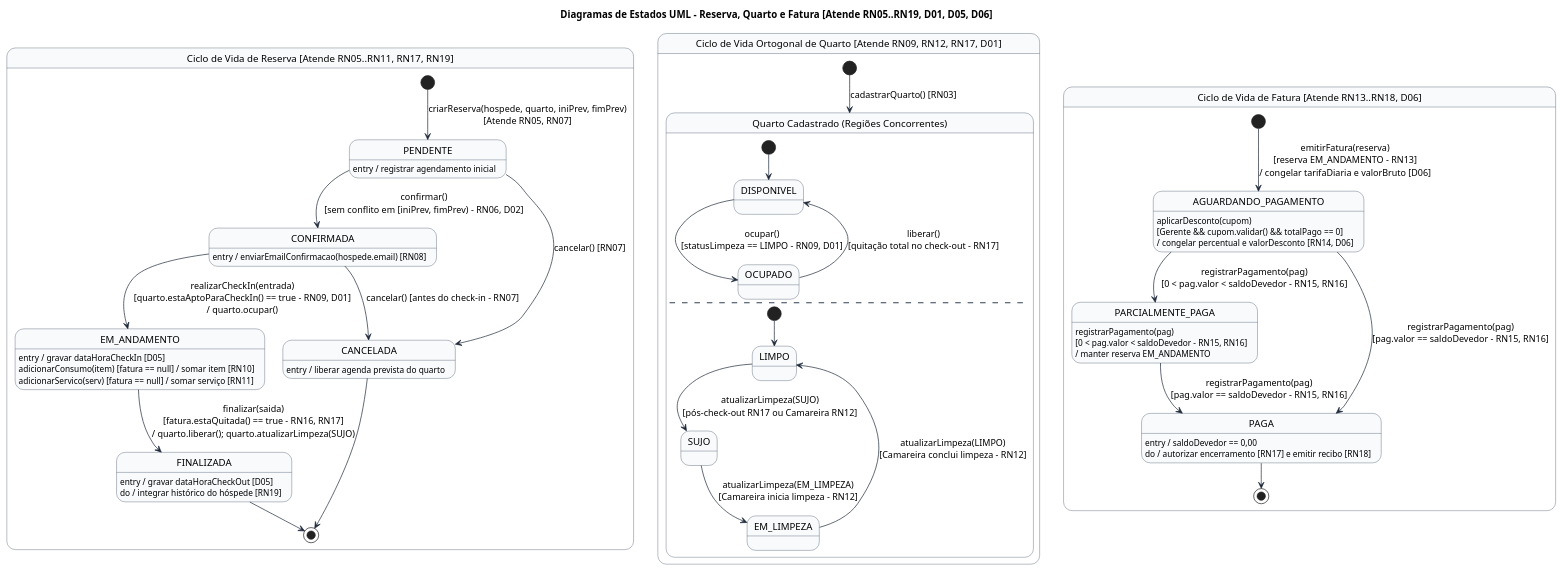
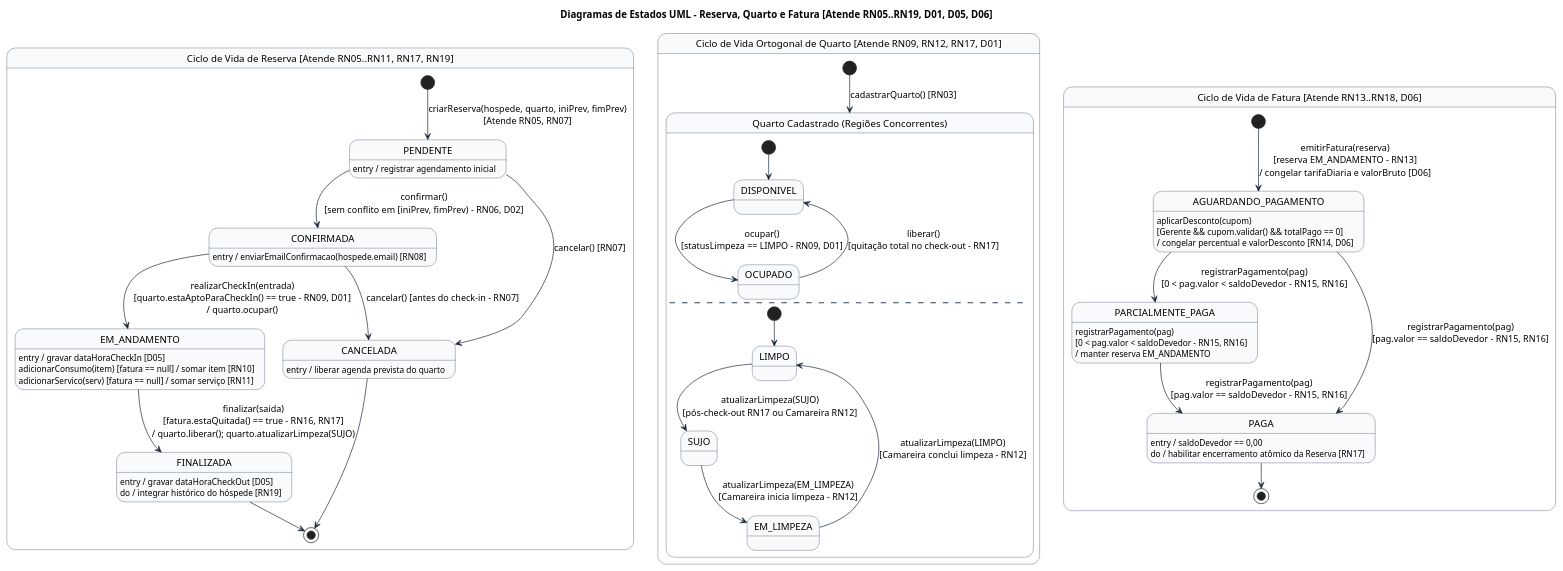
The diagram in docs/diagramas/E6_Diagrama_de_Estados.puml (cauezim/hotelflow-senac), drawn with PlantUML before and after one commit. The commit also changed 28 other files, not shown here.

```diff
--- a/docs/diagramas/E6_Diagrama_de_Estados.puml
+++ b/docs/diagramas/E6_Diagrama_de_Estados.puml
@@ -1,98 +1,98 @@
 @startuml E6_Diagrama_de_Estados
 skinparam shadowing false
 skinparam state {
     BackgroundColor #F8FAFC
     BorderColor #334155
     ArrowColor #1E293B
 }
 
 title Diagramas de Estados UML – Reserva, Quarto e Fatura [Atende RN05..RN19, D01, D05, D06]
 
 ' =====================================================================
 ' 1. MÁQUINA DE ESTADOS: RESERVA [Atende RN05, RN06, RN07, RN08, RN09, RN17, RN19]
 ' =====================================================================
 state "Ciclo de Vida de Reserva [Atende RN05..RN11, RN17, RN19]" as MaquinaReserva {
     [*] --> PENDENTE : criarReserva(hospede, quarto, iniPrev, fimPrev)\n[Atende RN05, RN07]
 
     state PENDENTE {
         PENDENTE : entry / registrar agendamento inicial
     }
 
     state CONFIRMADA {
         CONFIRMADA : entry / enviarEmailConfirmacao(hospede.email) [RN08]
     }
 
     state EM_ANDAMENTO {
         EM_ANDAMENTO : entry / gravar dataHoraCheckIn [D05]
         EM_ANDAMENTO : adicionarConsumo(item) [fatura == null] / somar item [RN10]
         EM_ANDAMENTO : adicionarServico(serv) [fatura == null] / somar serviço [RN11]
     }
 
     state FINALIZADA {
         FINALIZADA : entry / gravar dataHoraCheckOut [D05]
         FINALIZADA : do / integrar histórico do hóspede [RN19]
     }
 
     state CANCELADA {
         CANCELADA : entry / liberar agenda prevista do quarto
     }
 
     PENDENTE --> CONFIRMADA : confirmar()\n[sem conflito em [iniPrev, fimPrev) – RN06, D02]
     PENDENTE --> CANCELADA : cancelar() [RN07]
     CONFIRMADA --> CANCELADA : cancelar() [antes do check-in – RN07]
     CONFIRMADA --> EM_ANDAMENTO : realizarCheckIn(entrada)\n[quarto.estaAptoParaCheckIn() == true – RN09, D01]\n/ quarto.ocupar()
     EM_ANDAMENTO --> FINALIZADA : finalizar(saida)\n[fatura.estaQuitada() == true – RN16, RN17]\n/ quarto.liberar(); quarto.atualizarLimpeza(SUJO)
 
     CANCELADA --> [*]
     FINALIZADA --> [*]
 }
 
 ' =====================================================================
 ' 2. MÁQUINA DE ESTADOS ORTOGONAL: QUARTO [Atende RN03, RN09, RN12, RN17, D01]
 ' =====================================================================
 state "Ciclo de Vida Ortogonal de Quarto [Atende RN09, RN12, RN17, D01]" as MaquinaQuarto {
     [*] --> QuartoAtivo : cadastrarQuarto() [RN03]
 
     state "Quarto Cadastrado (Regiões Concorrentes)" as QuartoAtivo {
         ' Região 1: Ocupação
         [*] --> DISPONIVEL
         DISPONIVEL --> OCUPADO : ocupar()\n[statusLimpeza == LIMPO – RN09, D01]
         OCUPADO --> DISPONIVEL : liberar()\n[quitação total no check-out – RN17]
 
         --
 
         ' Região 2: Governança / Limpeza
         [*] --> LIMPO
         LIMPO --> SUJO : atualizarLimpeza(SUJO)\n[pós-check-out RN17 ou Camareira RN12]
         SUJO --> EM_LIMPEZA : atualizarLimpeza(EM_LIMPEZA)\n[Camareira inicia limpeza – RN12]
         EM_LIMPEZA --> LIMPO : atualizarLimpeza(LIMPO)\n[Camareira conclui limpeza – RN12]
     }
 }
 
 ' =====================================================================
 ' 3. MÁQUINA DE ESTADOS: FATURA [Atende RN13, RN14, RN15, RN16, RN18, D06]
 ' =====================================================================
 state "Ciclo de Vida de Fatura [Atende RN13..RN18, D06]" as MaquinaFatura {
     [*] --> AGUARDANDO_PAGAMENTO : emitirFatura(reserva)\n[reserva EM_ANDAMENTO – RN13]\n/ congelar tarifaDiaria e valorBruto [D06]
 
     state AGUARDANDO_PAGAMENTO {
         AGUARDANDO_PAGAMENTO : aplicarDesconto(cupom)\n[Gerente && cupom.validar() && totalPago == 0]\n/ congelar percentual e valorDesconto [RN14, D06]
     }
 
     state PARCIALMENTE_PAGA {
         PARCIALMENTE_PAGA : registrarPagamento(pag)\n[0 < pag.valor < saldoDevedor – RN15, RN16]\n/ manter reserva EM_ANDAMENTO
     }
 
     state PAGA {
         PAGA : entry / saldoDevedor == 0,00
-        PAGA : do / autorizar encerramento [RN17] e emitir recibo [RN18]
+        PAGA : do / habilitar encerramento atômico da Reserva [RN17]
     }
 
     AGUARDANDO_PAGAMENTO --> PARCIALMENTE_PAGA : registrarPagamento(pag)\n[0 < pag.valor < saldoDevedor – RN15, RN16]
     AGUARDANDO_PAGAMENTO --> PAGA : registrarPagamento(pag)\n[pag.valor == saldoDevedor – RN15, RN16]
     PARCIALMENTE_PAGA --> PAGA : registrarPagamento(pag)\n[pag.valor == saldoDevedor – RN15, RN16]
 
     PAGA --> [*]
 }
 
 @enduml
```
